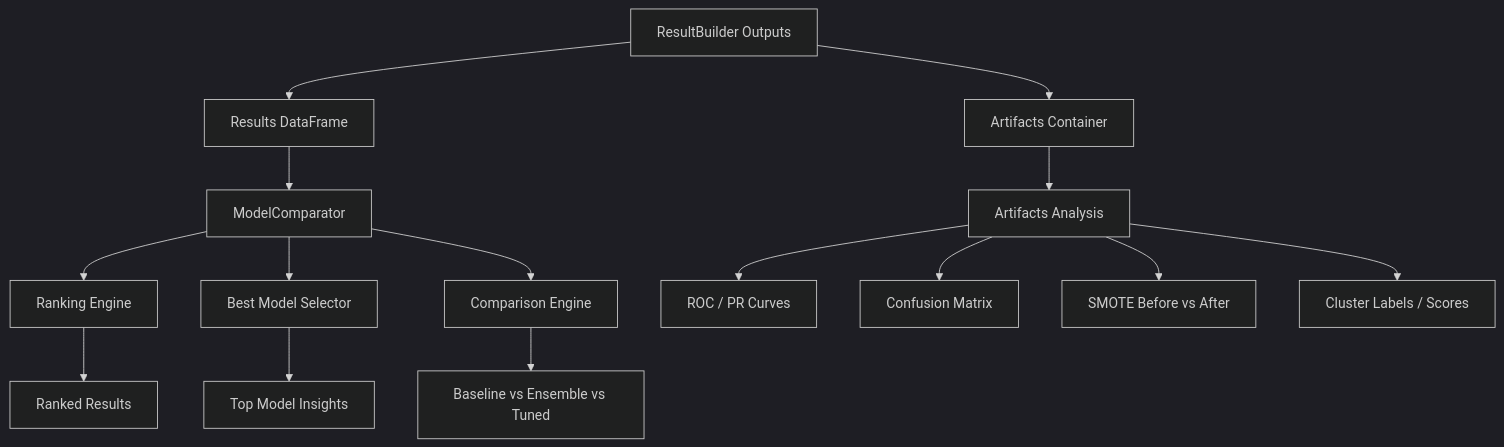
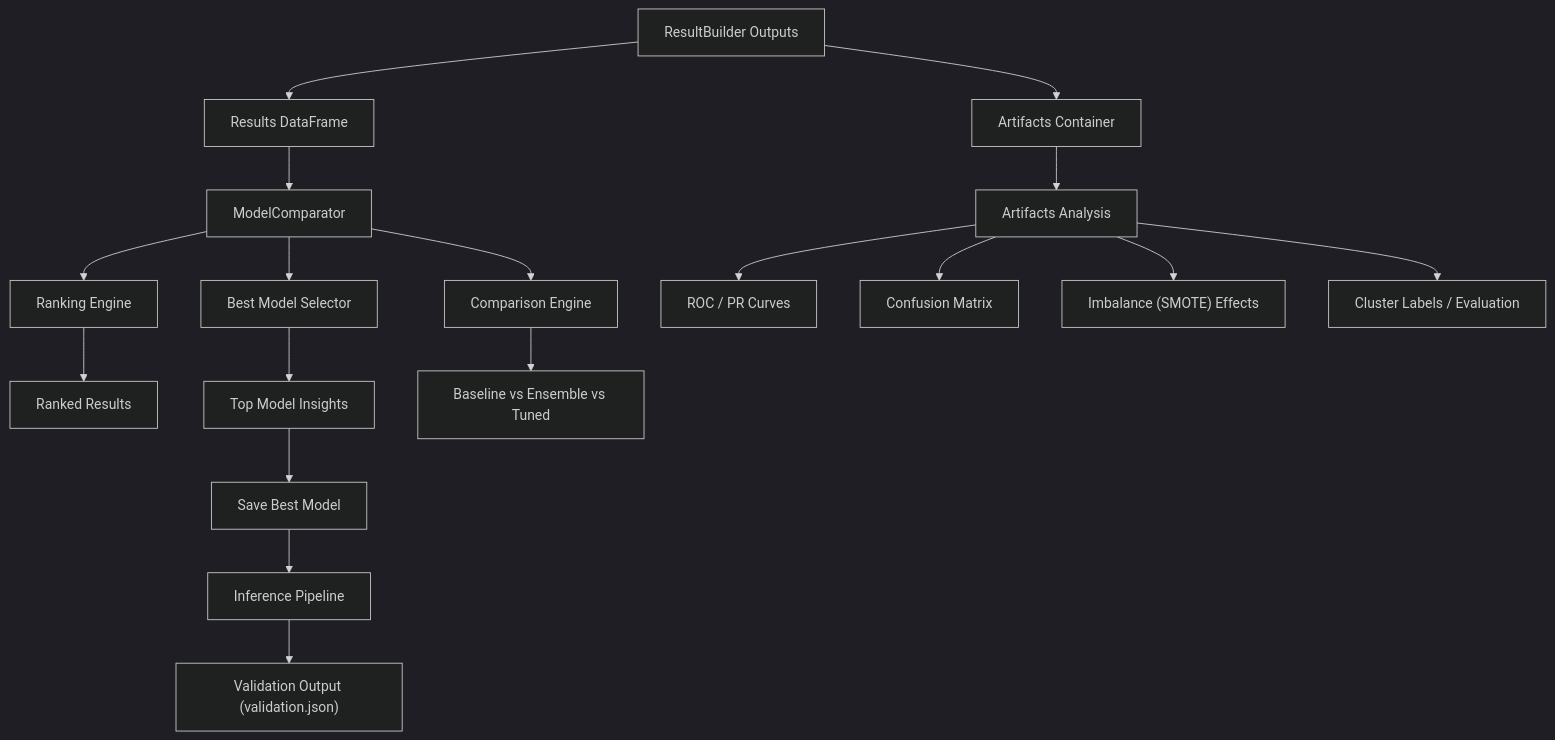
The fourth of 7 diagrams in lib/utility/machinelearning/README.md (abhinavssingh/python-learnings), drawn with Mermaid (dark theme) before and after one commit. The commit also changed other lines of this file and 23 other files, not shown here.

````diff
--- a/lib/utility/machinelearning/README.md
+++ b/lib/utility/machinelearning/README.md
@@ -152,23 +183,30 @@
 ```mermaid
 flowchart TD
 
     A[ResultBuilder Outputs] --> B[Results DataFrame]
     A --> C[Artifacts Container]
 
     B --> D[ModelComparator]
 
     D --> E[Ranking Engine]
     D --> F[Best Model Selector]
     D --> G[Comparison Engine]
 
     E --> H[Ranked Results]
     F --> I[Top Model Insights]
 
     C --> J[Artifacts Analysis]
+
     J --> J1[ROC / PR Curves]
     J --> J2[Confusion Matrix]
-    J --> J3[SMOTE Before vs After]
-    J --> J4[Cluster Labels / Scores]
+    J --> J3["Imbalance (SMOTE) Effects"]
+    J --> J4[Cluster Labels / Evaluation]
 
     G --> K[Baseline vs Ensemble vs Tuned]
+
+    I --> L[Save Best Model]
+
+    L --> M[Inference Pipeline]
+
+    M --> N["Validation Output (validation.json)"]
 ```
````
